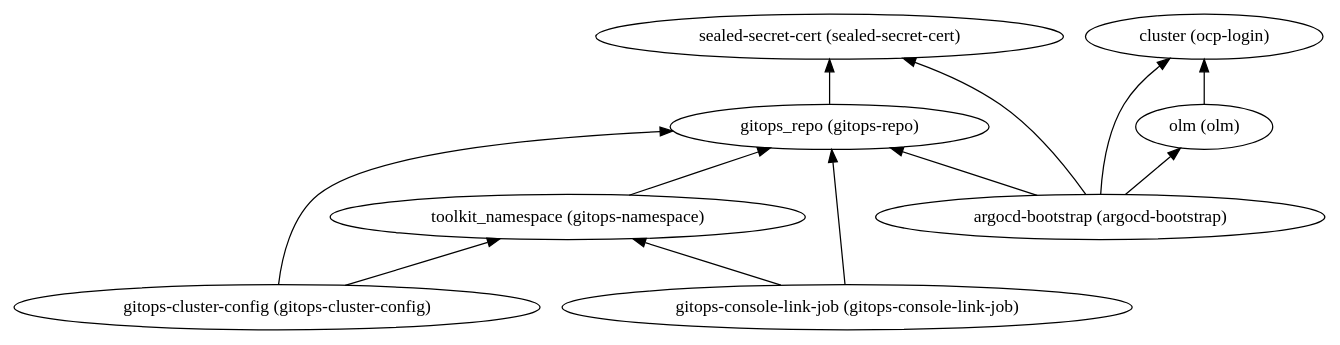
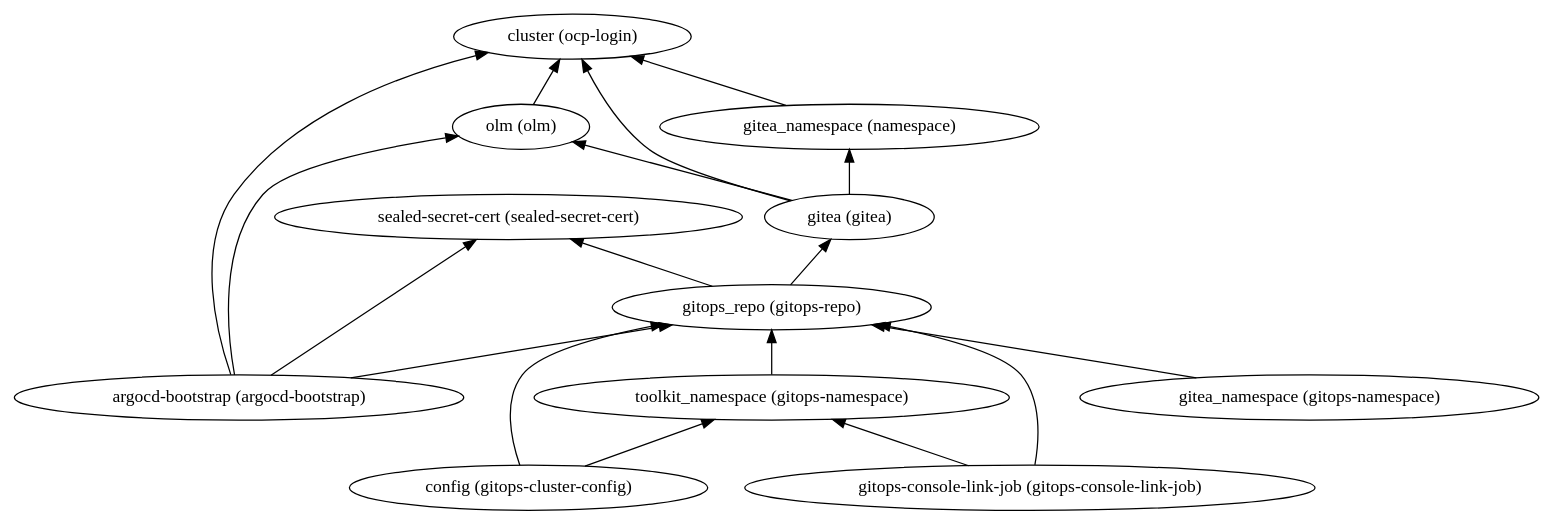
Before and after one commit to IBM/automation-aws-infra-openshift: the diagram in 1-quickstart/200-openshift-gitops/dependencies.dot, drawn with Graphviz. The commit also changed 9 other files, not shown here.

Commit message:
updated gitops with gitea

```diff
--- a/1-quickstart/200-openshift-gitops/dependencies.dot
+++ b/1-quickstart/200-openshift-gitops/dependencies.dot
@@ -1,22 +1,31 @@
 digraph {
     rankdir="BT"
-    "gitops_repo (gitops-repo)" -> "sealed-secret-cert (sealed-secret-cert)"
+    "gitea (gitea)" -> "cluster (ocp-login)"
+"gitea (gitea)" -> "olm (olm)"
+"gitea (gitea)" -> "gitea_namespace (namespace)"
+"gitea (gitea)"
+"cluster (ocp-login)"
+"olm (olm)" -> "cluster (ocp-login)"
+"olm (olm)"
+"gitea_namespace (namespace)" -> "cluster (ocp-login)"
+"gitea_namespace (namespace)"
+"config (gitops-cluster-config)" -> "gitops_repo (gitops-repo)"
+"config (gitops-cluster-config)" -> "toolkit_namespace (gitops-namespace)"
+"config (gitops-cluster-config)"
+"gitops_repo (gitops-repo)" -> "sealed-secret-cert (sealed-secret-cert)"
+"gitops_repo (gitops-repo)" -> "gitea (gitea)"
 "gitops_repo (gitops-repo)"
 "sealed-secret-cert (sealed-secret-cert)"
+"toolkit_namespace (gitops-namespace)" -> "gitops_repo (gitops-repo)"
+"toolkit_namespace (gitops-namespace)"
+"gitops-console-link-job (gitops-console-link-job)" -> "gitops_repo (gitops-repo)"
+"gitops-console-link-job (gitops-console-link-job)" -> "toolkit_namespace (gitops-namespace)"
+"gitops-console-link-job (gitops-console-link-job)"
+"gitea_namespace (gitops-namespace)" -> "gitops_repo (gitops-repo)"
+"gitea_namespace (gitops-namespace)"
 "argocd-bootstrap (argocd-bootstrap)" -> "cluster (ocp-login)"
 "argocd-bootstrap (argocd-bootstrap)" -> "olm (olm)"
 "argocd-bootstrap (argocd-bootstrap)" -> "gitops_repo (gitops-repo)"
 "argocd-bootstrap (argocd-bootstrap)" -> "sealed-secret-cert (sealed-secret-cert)"
 "argocd-bootstrap (argocd-bootstrap)"
-"cluster (ocp-login)"
-"olm (olm)" -> "cluster (ocp-login)"
-"olm (olm)"
-"gitops-cluster-config (gitops-cluster-config)" -> "gitops_repo (gitops-repo)"
-"gitops-cluster-config (gitops-cluster-config)" -> "toolkit_namespace (gitops-namespace)"
-"gitops-cluster-config (gitops-cluster-config)"
-"toolkit_namespace (gitops-namespace)" -> "gitops_repo (gitops-repo)"
-"toolkit_namespace (gitops-namespace)"
-"gitops-console-link-job (gitops-console-link-job)" -> "gitops_repo (gitops-repo)"
-"gitops-console-link-job (gitops-console-link-job)" -> "toolkit_namespace (gitops-namespace)"
-"gitops-console-link-job (gitops-console-link-job)"
   }
```
